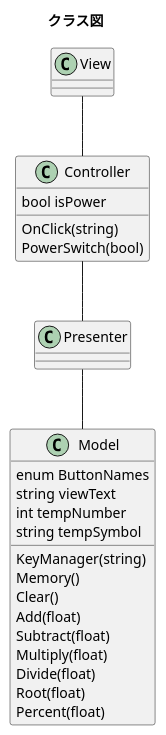
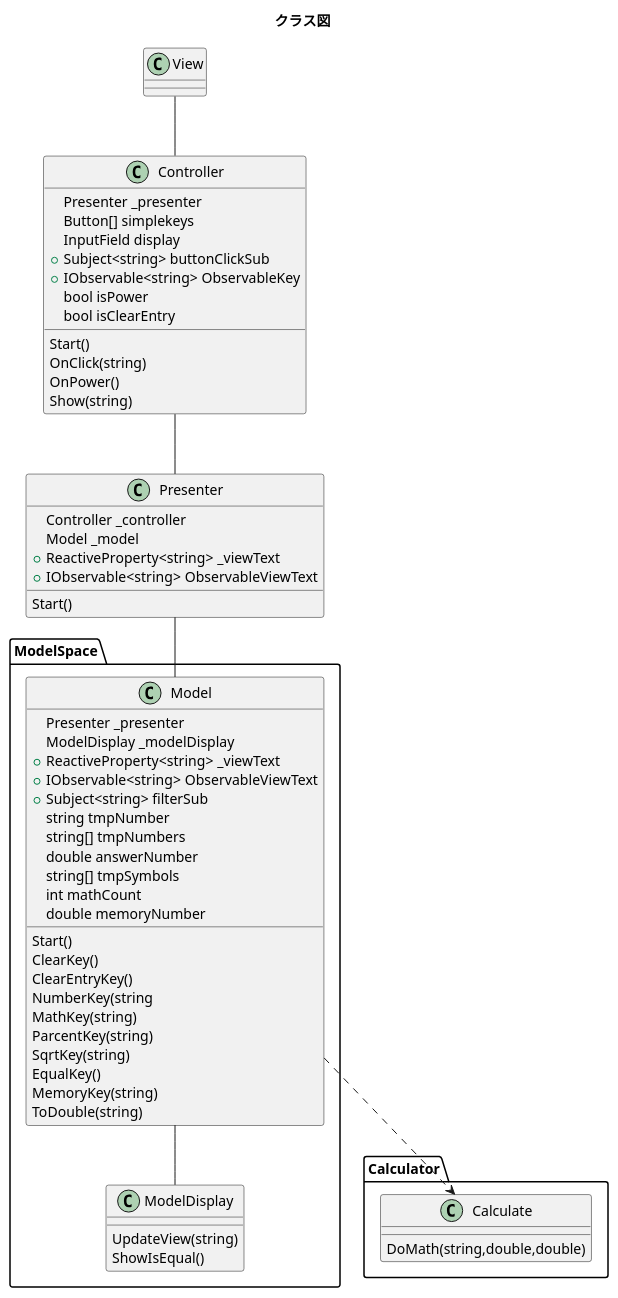
The diagram in Others/dentaku.pu (usbmasa/Calculator), drawn with PlantUML before and after one commit.

Commit message:
クラス図Update

```diff
--- a/Others/dentaku.pu
+++ b/Others/dentaku.pu
@@ -1,34 +1,65 @@
 @startuml
 title クラス図
 class View
 class Controller{
+    Presenter _presenter
+    Button[] simplekeys
+    InputField display
+    +Subject<string> buttonClickSub
+    +IObservable<string> ObservableKey
     bool isPower
+    bool isClearEntry
+    Start()
     OnClick(string)
-    PowerSwitch(bool)
+    OnPower()
+    Show(string)
 }
 
 class Presenter{
-
+    Controller _controller
+    Model _model
+    +ReactiveProperty<string> _viewText
+    +IObservable<string> ObservableViewText
+    Start()
 }
-class Model{
-    enum ButtonNames
-    string viewText
-    int tempNumber
-    string tempSymbol
-    KeyManager(string)
-    Memory()
-    Clear()
-    Add(float)
-    Subtract(float)
-    Multiply(float)
-    Divide(float)
-    Root(float)
-    Percent(float)
-    
-
+namespace ModelSpace {
+    class Model{
+        Presenter _presenter
+        ModelDisplay _modelDisplay
+        +ReactiveProperty<string> _viewText
+        +IObservable<string> ObservableViewText
+        +Subject<string> filterSub
+        string tmpNumber
+        string[] tmpNumbers
+        double answerNumber
+        string[] tmpSymbols
+        int mathCount
+        double memoryNumber
+        Start()
+        ClearKey()
+        ClearEntryKey()
+        NumberKey(string
+        MathKey(string)
+        ParcentKey(string)
+        SqrtKey(string)
+        EqualKey()
+        MemoryKey(string)
+        ToDouble(string)
+    }
+    class ModelDisplay{
+        UpdateView(string)
+        ShowIsEqual()
+    }
+}
+namespace Calculator {
+    class Calculate{
+        DoMath(string,double,double)
+    }
 }
 
 View -- Controller
 Controller -- Presenter
-Presenter -- Model
+Presenter -- ModelSpace.Model
+ModelSpace.Model -- ModelSpace.ModelDisplay
+ModelSpace.Model ..> Calculator.Calculate
 @enduml
```
